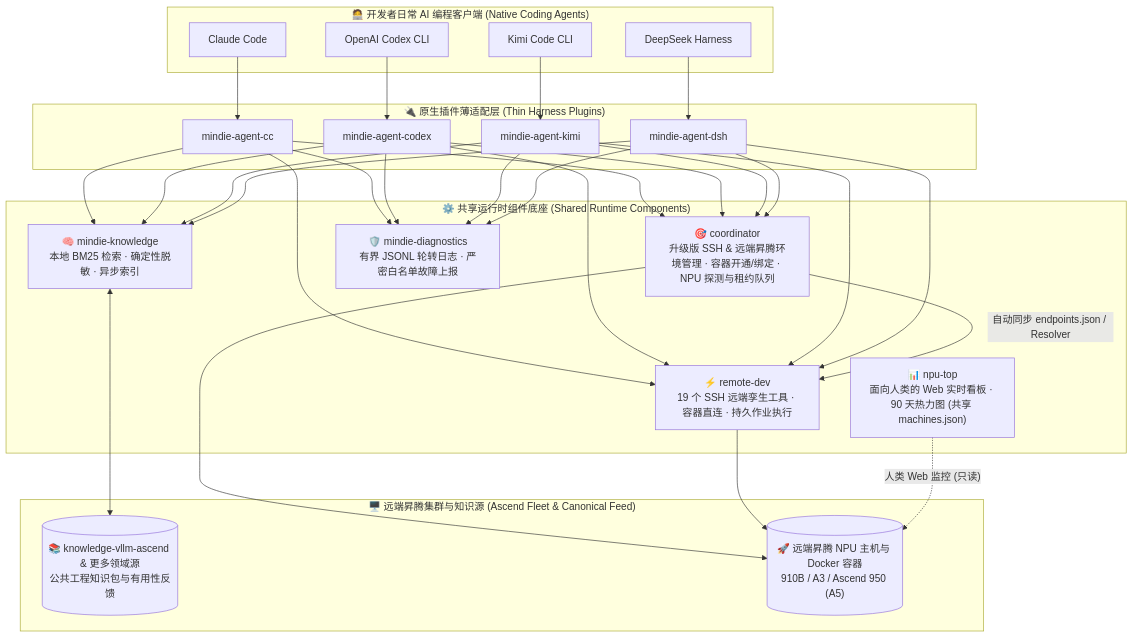
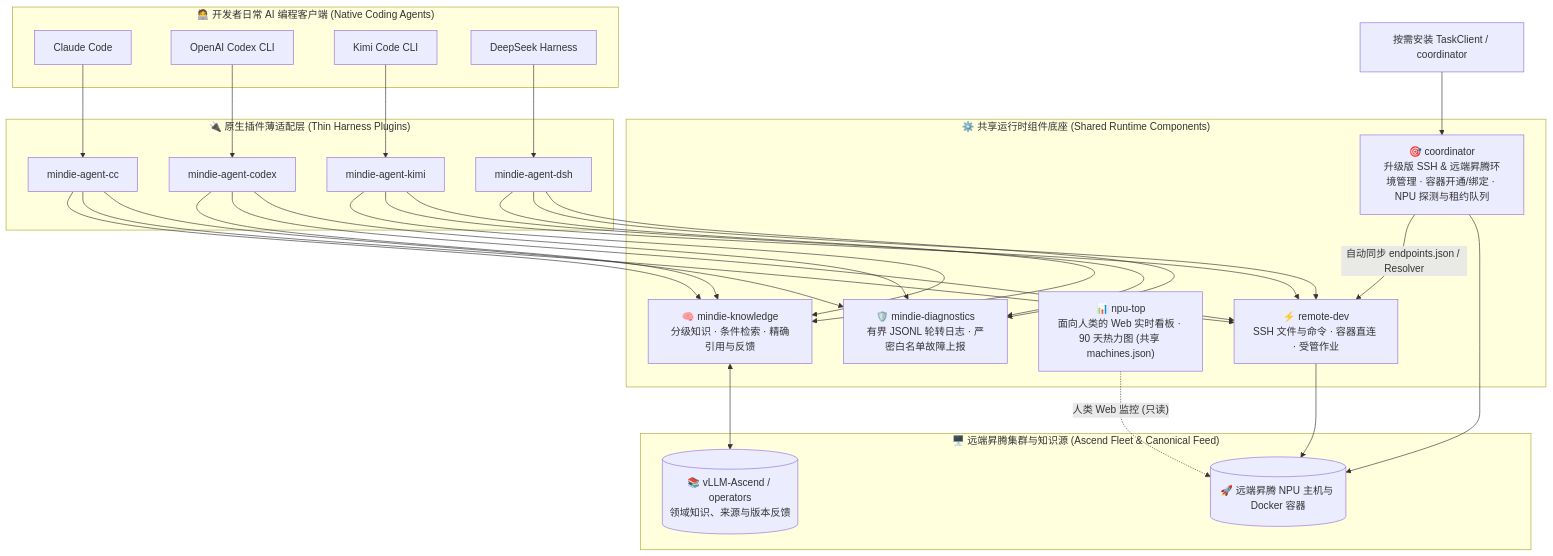
Before and after one commit to grandolantow/mindie-agent: the first of 2 diagrams in README.md, drawn with Mermaid. The commit also changed other lines of this file and 1 other file, not shown here.

Commit message:
docs: describe conditional knowledge and reviewed publication flow

````diff
--- a/README.md
+++ b/README.md
@@ -174,40 +174,41 @@
 ```mermaid
 flowchart TB
   subgraph Clients["🧑‍💻 开发者日常 AI 编程客户端 (Native Coding Agents)"]
     CC["Claude Code"]
     Codex["OpenAI Codex CLI"]
     Kimi["Kimi Code CLI"]
     DSH["DeepSeek Harness"]
   end
 
   subgraph Adapters["🔌 原生插件薄适配层 (Thin Harness Plugins)"]
     P_CC["mindie-agent-cc"]
     P_Codex["mindie-agent-codex"]
     P_Kimi["mindie-agent-kimi"]
     P_DSH["mindie-agent-dsh"]
   end
 
   subgraph Core["⚙️ 共享运行时组件底座 (Shared Runtime Components)"]
-    Knowledge["🧠 mindie-knowledge<br/>本地 BM25 检索 · 确定性脱敏 · 异步索引"]
+    Knowledge["🧠 mindie-knowledge<br/>分级知识 · 条件检索 · 精确引用与反馈"]
     Coord["🎯 coordinator<br/>升级版 SSH & 远端昇腾环境管理 · 容器开通/绑定 · NPU 探测与租约队列"]
-    RemoteDev["⚡ remote-dev<br/>19 个 SSH 远端孪生工具 · 容器直连 · 持久作业执行"]
+    RemoteDev["⚡ remote-dev<br/>SSH 文件与命令 · 容器直连 · 受管作业"]
     NpuTop["📊 npu-top<br/>面向人类的 Web 实时看板 · 90 天热力图 (共享 machines.json)"]
     Diag["🛡️ mindie-diagnostics<br/>有界 JSONL 轮转日志 · 严密白名单故障上报"]
   end
 
   subgraph Remote["🖥️ 远端昇腾集群与知识源 (Ascend Fleet & Canonical Feed)"]
-    Feed[("📚 knowledge-vllm-ascend & 更多领域源<br/>公共工程知识包与有用性反馈")]
-    Cluster[("🚀 远端昇腾 NPU 主机与 Docker 容器<br/>910B / A3 / Ascend 950 (A5)")]
+    Feed[("📚 vLLM-Ascend / operators<br/>领域知识、来源与版本反馈")]
+    Cluster[("🚀 远端昇腾 NPU 主机与 Docker 容器")]
   end
 
   CC --> P_CC
   Codex --> P_Codex
   Kimi --> P_Kimi
   DSH --> P_DSH
 
-  P_CC & P_Codex & P_Kimi & P_DSH --> Knowledge & Coord & RemoteDev & Diag
+  P_CC & P_Codex & P_Kimi & P_DSH --> Knowledge & RemoteDev & Diag
+  Task["按需安装 TaskClient / coordinator"] --> Coord
   Knowledge <--> Feed
   Coord -- "自动同步 endpoints.json / Resolver" --> RemoteDev
   Coord & RemoteDev --> Cluster
   NpuTop -. "人类 Web 监控 (只读)" .-> Cluster
 ```
````
